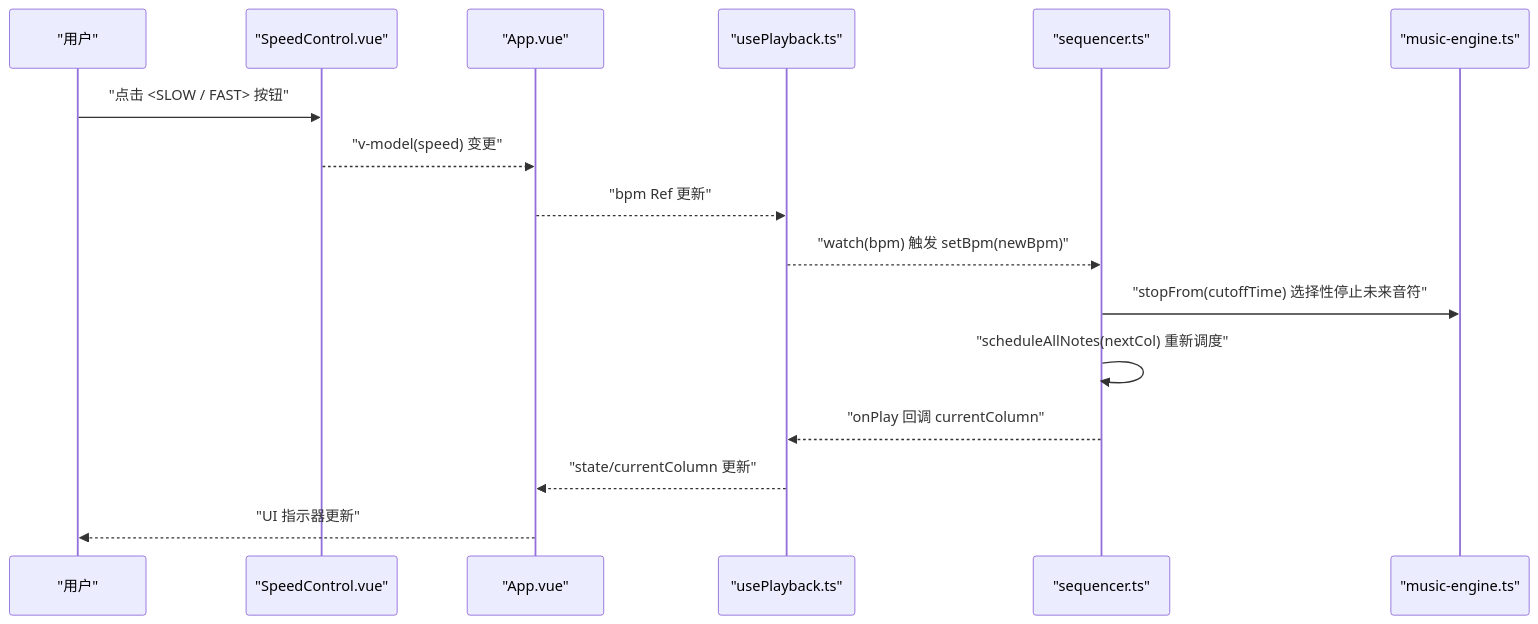
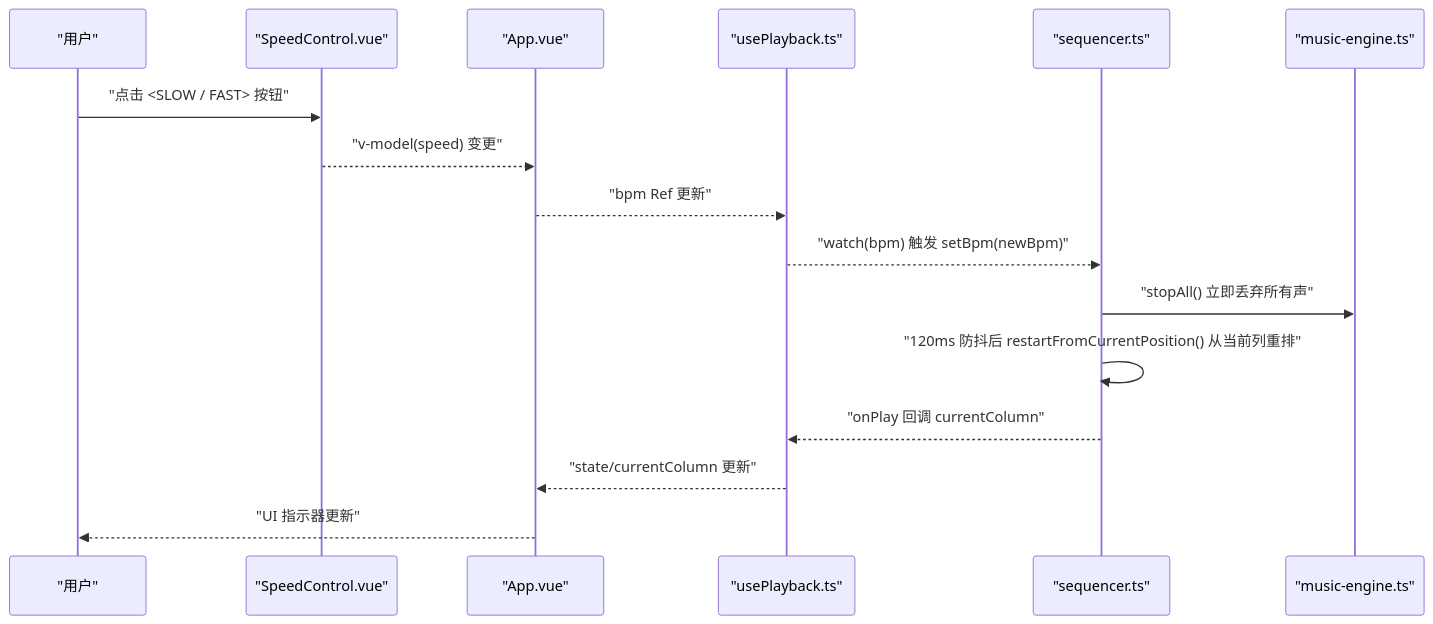
Before and after one commit to wingmeng/SUBOR-Music-Board: the second of 4 diagrams in wiki/播放控制系统/速度控制系统.md, drawn with Mermaid. The commit also changed other lines of this file and 45 other files, not shown here.

````diff
--- a/wiki/播放控制系统/速度控制系统.md
+++ b/wiki/播放控制系统/速度控制系统.md
@@ -96,18 +96,18 @@
 ```mermaid
 sequenceDiagram
 participant U as "用户"
 participant SC as "SpeedControl.vue"
 participant APP as "App.vue"
 participant UP as "usePlayback.ts"
 participant SQ as "sequencer.ts"
 participant ME as "music-engine.ts"
 U->>SC : "点击 <SLOW / FAST> 按钮"
 SC-->>APP : "v-model(speed) 变更"
 APP-->>UP : "bpm Ref 更新"
 UP-->>SQ : "watch(bpm) 触发 setBpm(newBpm)"
-SQ->>ME : "stopFrom(cutoffTime) 选择性停止未来音符"
-SQ->>SQ : "scheduleAllNotes(nextCol) 重新调度"
+SQ->>ME : "stopAll() 立即丢弃所有声"
+SQ->>SQ : "120ms 防抖后 restartFromCurrentPosition() 从当前列重排"
 SQ-->>UP : "onPlay 回调 currentColumn"
 UP-->>APP : "state/currentColumn 更新"
 APP-->>U : "UI 指示器更新"
 ```
````
